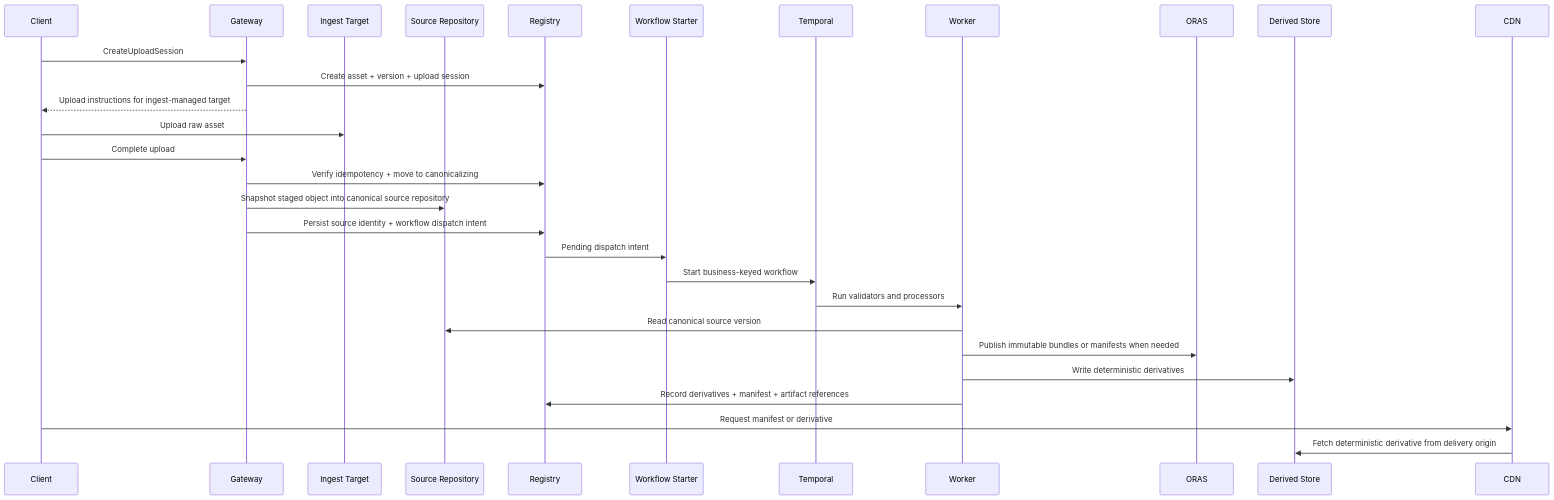
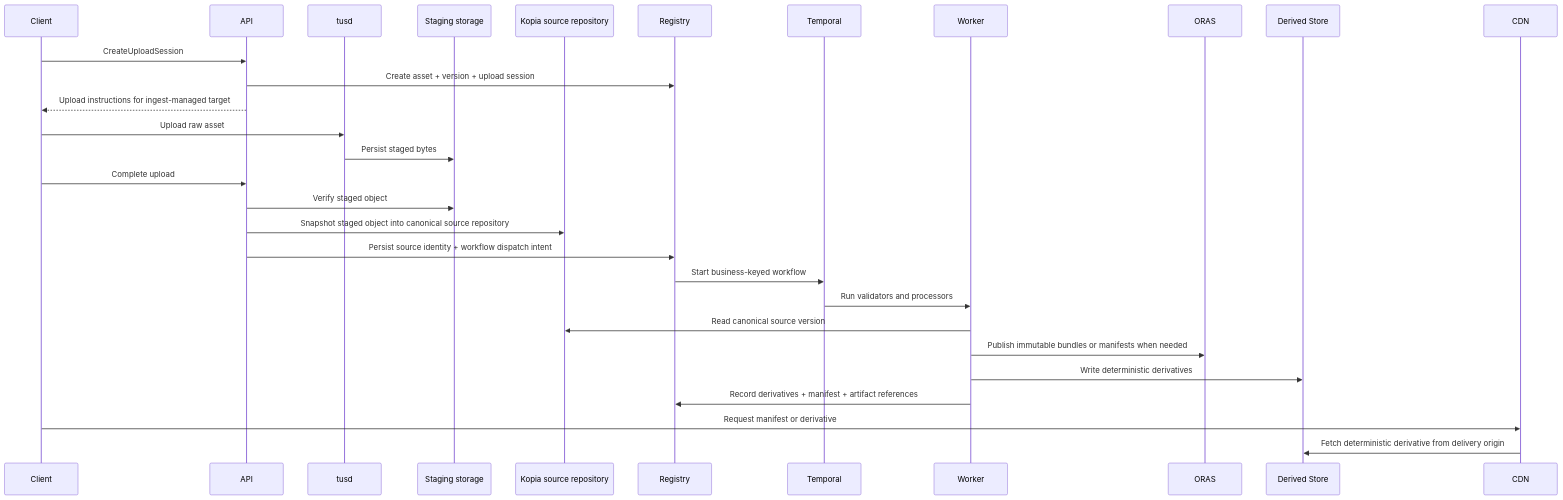
One commit to Yeusepe/cdngine changed the seventh of 15 diagrams in docs/architecture.md. Above: the diagram before and after it, drawn with Mermaid. The commit also changed other lines of this file and 23 other files, not shown here.

````diff
--- a/docs/architecture.md
+++ b/docs/architecture.md
@@ -212,32 +415,32 @@
 ```mermaid
 sequenceDiagram
     participant C as Client
-    participant G as Gateway
-    participant I as Ingest Target
-    participant O as Source Repository
+    participant G as API
+    participant I as tusd
+    participant B as Staging storage
+    participant O as Kopia source repository
     participant R as Registry
-    participant S as Workflow Starter
     participant T as Temporal
     participant W as Worker
     participant A as ORAS
     participant D as Derived Store
     participant CDN as CDN
 
     C->>G: CreateUploadSession
     G->>R: Create asset + version + upload session
     G-->>C: Upload instructions for ingest-managed target
     C->>I: Upload raw asset
+    I->>B: Persist staged bytes
     C->>G: Complete upload
-    G->>R: Verify idempotency + move to canonicalizing
+    G->>B: Verify staged object
     G->>O: Snapshot staged object into canonical source repository
     G->>R: Persist source identity + workflow dispatch intent
-    R->>S: Pending dispatch intent
-    S->>T: Start business-keyed workflow
+    R->>T: Start business-keyed workflow
     T->>W: Run validators and processors
     W->>O: Read canonical source version
     W->>A: Publish immutable bundles or manifests when needed
     W->>D: Write deterministic derivatives
     W->>R: Record derivatives + manifest + artifact references
     C->>CDN: Request manifest or derivative
     CDN->>D: Fetch deterministic derivative from delivery origin
 ```
````
